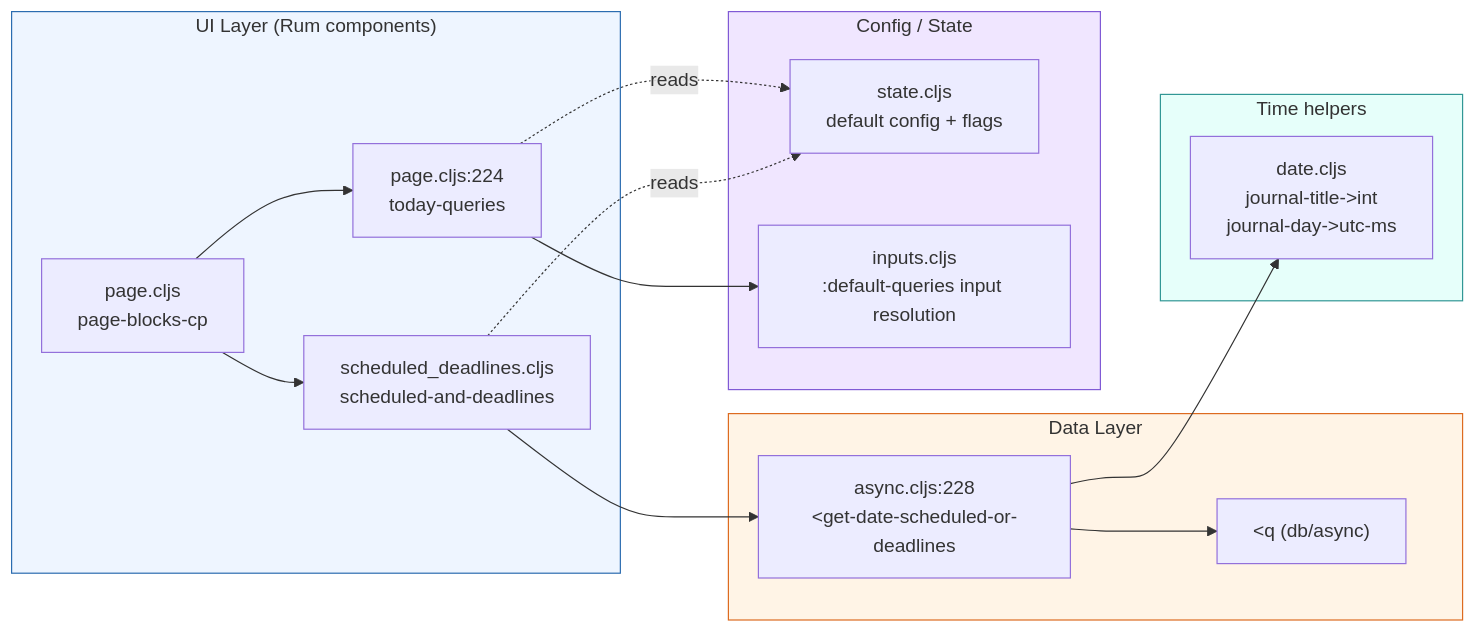
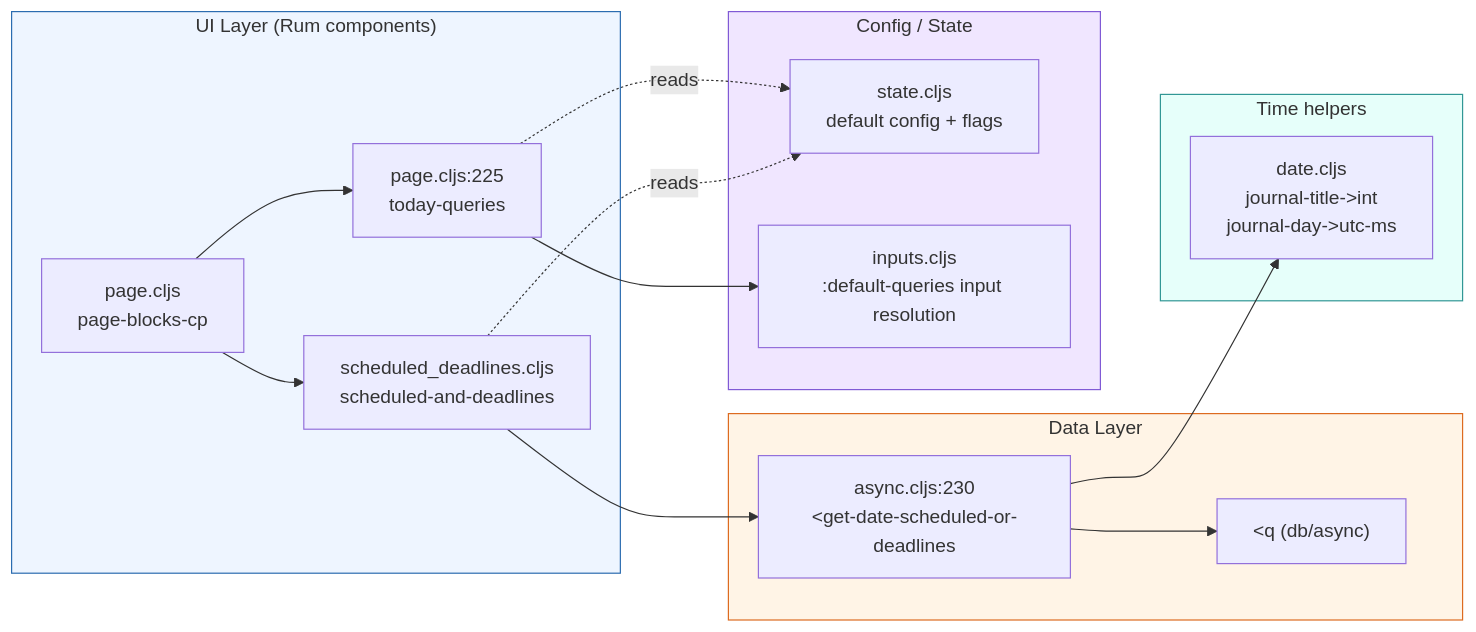
Before and after one commit to hdansou/logseq: the second of 6 diagrams in dz/docs/03-features/scheduled-deadline-query/developer-guide.md, drawn with Mermaid. The commit also changed other lines of this file and 100 other files, not shown here.

````diff
--- a/dz/docs/03-features/scheduled-deadline-query/developer-guide.md
+++ b/dz/docs/03-features/scheduled-deadline-query/developer-guide.md
@@ -59,33 +59,33 @@
 ```mermaid
 graph LR
     subgraph UI["UI Layer (Rum components)"]
         P["page.cljs<br/>page-blocks-cp"]
         SD["scheduled_deadlines.cljs<br/>scheduled-and-deadlines"]
-        TQ["page.cljs:224<br/>today-queries"]
+        TQ["page.cljs:225<br/>today-queries"]
     end
     subgraph DATA["Data Layer"]
-        AS["async.cljs:228<br/>&lt;get-date-scheduled-or-deadlines"]
+        AS["async.cljs:230<br/>&lt;get-date-scheduled-or-deadlines"]
         Q["&lt;q (db/async)"]
     end
     subgraph CONFIG["Config / State"]
         ST["state.cljs<br/>default config + flags"]
         IN["inputs.cljs<br/>:default-queries input resolution"]
     end
     subgraph TIME["Time helpers"]
         DT["date.cljs<br/>journal-title->int<br/>journal-day->utc-ms"]
     end
 
     P --> SD
     P --> TQ
     SD --> AS
     AS --> Q
     AS --> DT
     SD -. reads .-> ST
     TQ --> IN
     TQ -. reads .-> ST
 
     style UI fill:#eef5ff,stroke:#2b6cb0
     style DATA fill:#fff4e6,stroke:#dd6b20
     style CONFIG fill:#f0e6ff,stroke:#805ad5
     style TIME fill:#e6fffa,stroke:#319795
 ```
````
